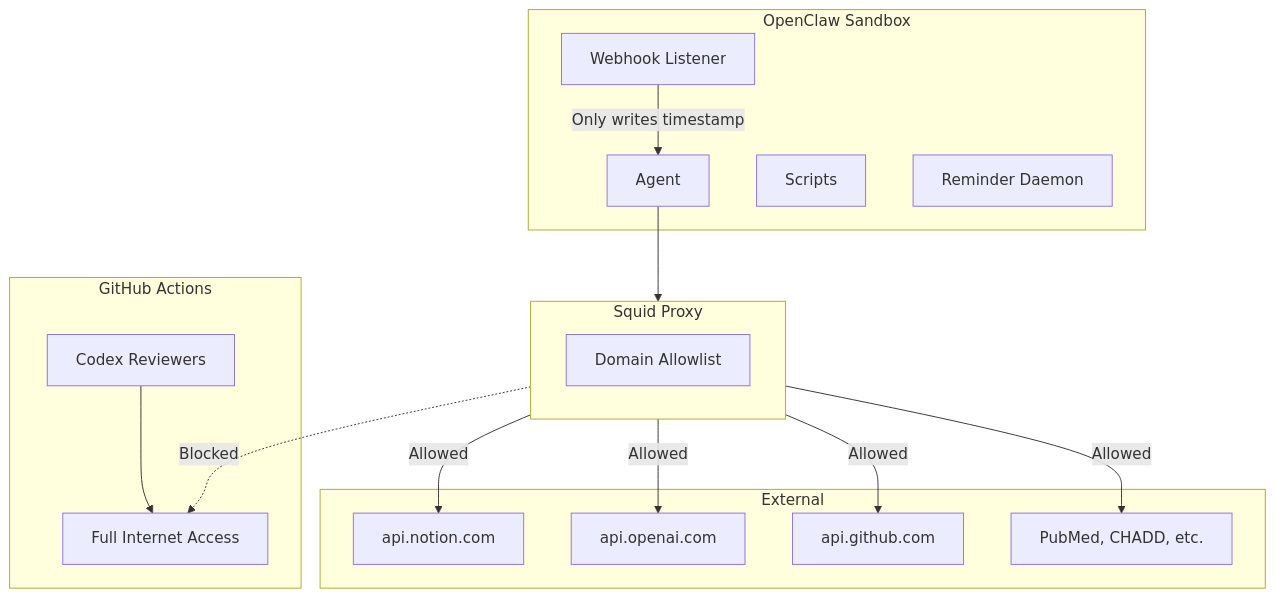
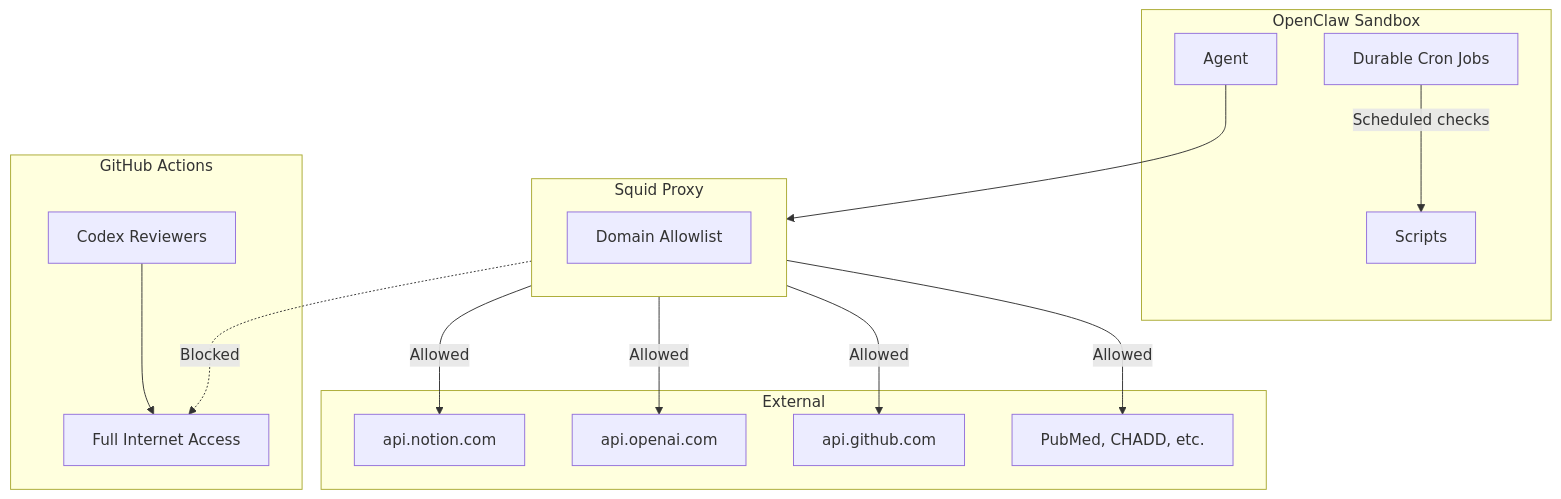
Before and after one commit to NickBorgersProbably/hide-my-list: the sixth of 6 diagrams in docs/architecture.md, drawn with Mermaid. The commit also changed other lines of this file and 20 other files, not shown here.

````diff
--- a/docs/architecture.md
+++ b/docs/architecture.md
@@ -287,36 +264,35 @@
 ```mermaid
 flowchart TB
     subgraph Sandbox["OpenClaw Sandbox"]
         Agent[Agent]
         Scripts[Scripts]
-        Webhook[Webhook Listener]
-        Reminder[Reminder Daemon]
+        Cron[Durable Cron Jobs]
     end
 
     subgraph Proxy["Squid Proxy"]
         ACL[Domain Allowlist]
     end
 
     subgraph External["External"]
         Notion[api.notion.com]
         OpenAI[api.openai.com]
         GitHub[api.github.com]
         Research[PubMed, CHADD, etc.]
     end
 
     subgraph CIEnv["GitHub Actions"]
         CI[Codex Reviewers]
         FullNet[Full Internet Access]
     end
 
     Agent --> Proxy
     Proxy -->|Allowed| Notion
     Proxy -->|Allowed| OpenAI
     Proxy -->|Allowed| GitHub
     Proxy -->|Allowed| Research
     Proxy -.->|Blocked| FullNet
 
     CI --> FullNet
 
-    Webhook -->|Only writes timestamp| Agent
+    Cron -->|Scheduled checks| Scripts
 ```
````
